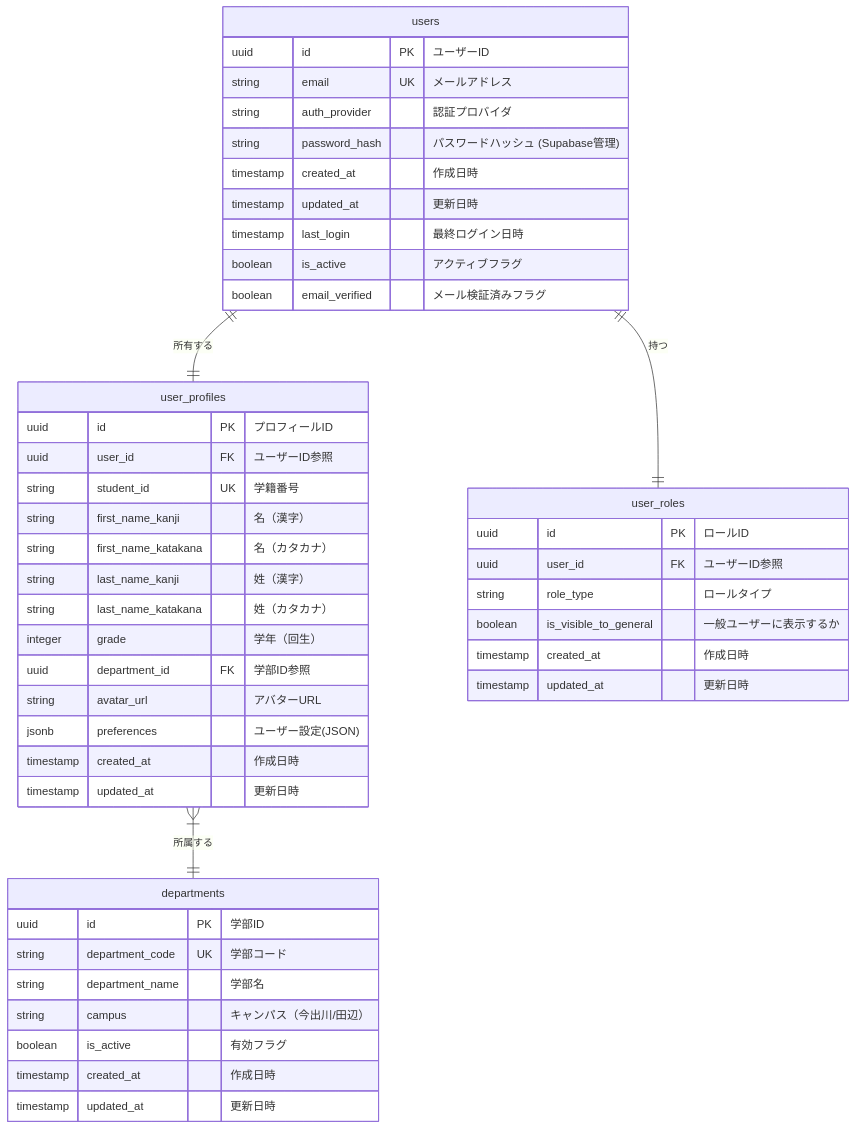
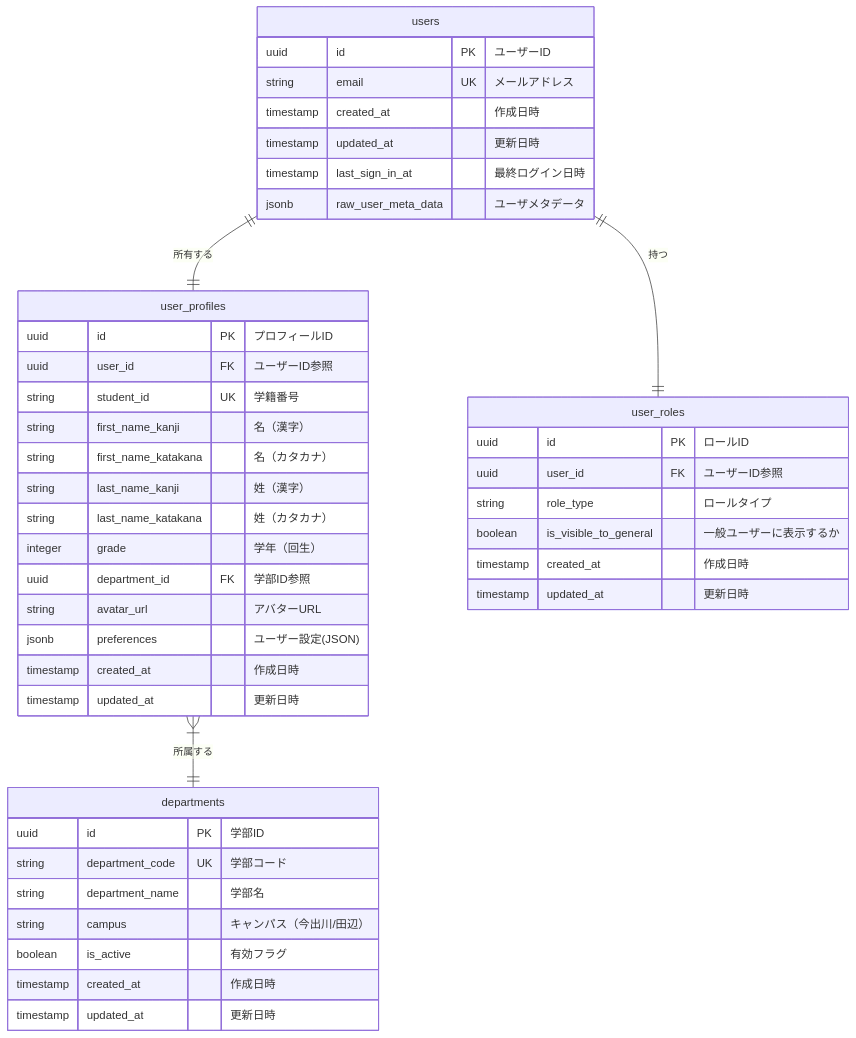
One commit to NowatariSoma/tomosigoto_nou_system changed the first of 2 diagrams in tickets/phase_1/backend/BACK-DB-001/BACK-DB-001.1/README.md. Above: the diagram before and after it, drawn with Mermaid. The commit also changed 20 other files, not shown here.

````diff
--- a/tickets/phase_1/backend/BACK-DB-001/BACK-DB-001.1/README.md
+++ b/tickets/phase_1/backend/BACK-DB-001/BACK-DB-001.1/README.md
@@ -82,53 +82,50 @@
 ```mermaid
 erDiagram
     users ||--|| user_profiles : "所有する"
     users ||--|| user_roles : "持つ"
     user_profiles }|--|| departments : "所属する"
     
     users {
         uuid id PK "ユーザーID"
         string email UK "メールアドレス"
-        string auth_provider "認証プロバイダ"
-        string password_hash "パスワードハッシュ (Supabase管理)"
         timestamp created_at "作成日時"
         timestamp updated_at "更新日時"
-        timestamp last_login "最終ログイン日時"
-        boolean is_active "アクティブフラグ"
-        boolean email_verified "メール検証済みフラグ"
+        timestamp last_sign_in_at "最終ログイン日時"
+        jsonb raw_user_meta_data "ユーザメタデータ"
     }
     
     user_profiles {
         uuid id PK "プロフィールID"
         uuid user_id FK "ユーザーID参照"
         string student_id UK "学籍番号"
         string first_name_kanji "名（漢字）"
         string first_name_katakana "名（カタカナ）"
         string last_name_kanji "姓（漢字）"
         string last_name_katakana "姓（カタカナ）"
         integer grade "学年（回生）"
         uuid department_id FK "学部ID参照"
         string avatar_url "アバターURL"
         jsonb preferences "ユーザー設定(JSON)"
         timestamp created_at "作成日時"
         timestamp updated_at "更新日時"
     }
     
     departments {
         uuid id PK "学部ID"
         string department_code UK "学部コード"
         string department_name "学部名"
         string campus "キャンパス（今出川/田辺）"
         boolean is_active "有効フラグ"
         timestamp created_at "作成日時"
         timestamp updated_at "更新日時"
     }
     
     user_roles {
         uuid id PK "ロールID"
         uuid user_id FK "ユーザーID参照"
         string role_type "ロールタイプ"
         boolean is_visible_to_general "一般ユーザーに表示するか"
         timestamp created_at "作成日時"
         timestamp updated_at "更新日時"
     }
 ```
````
